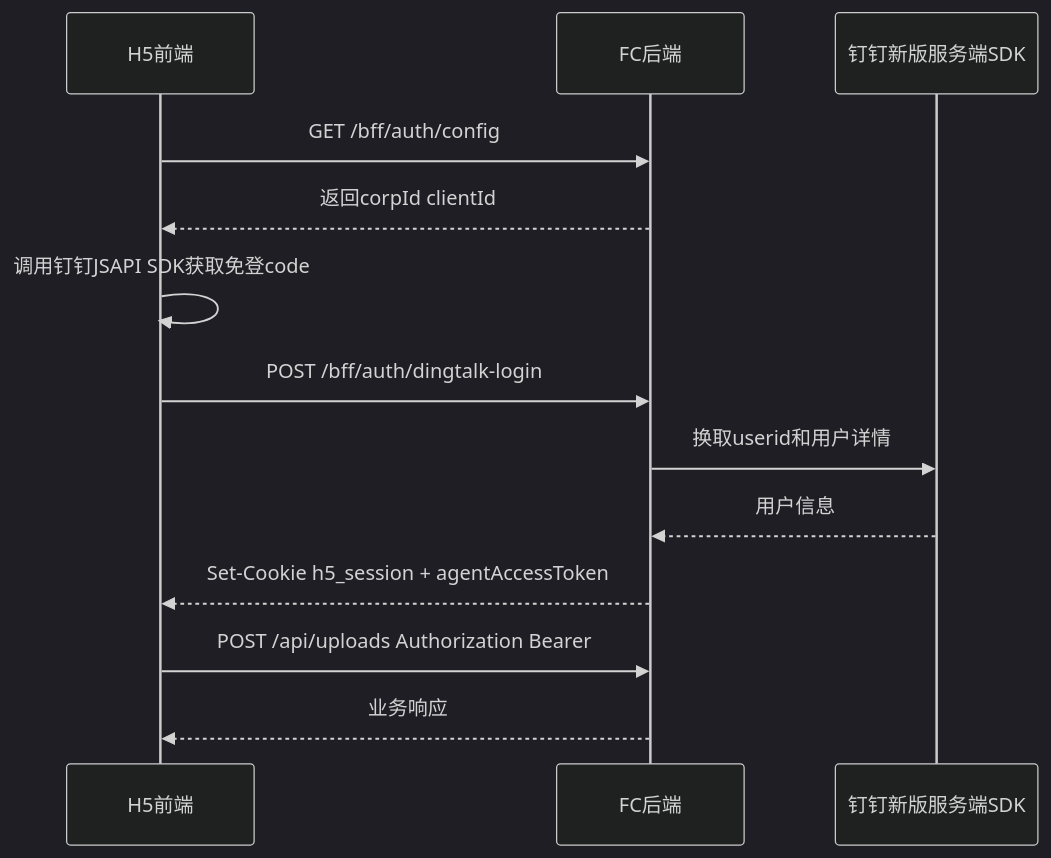
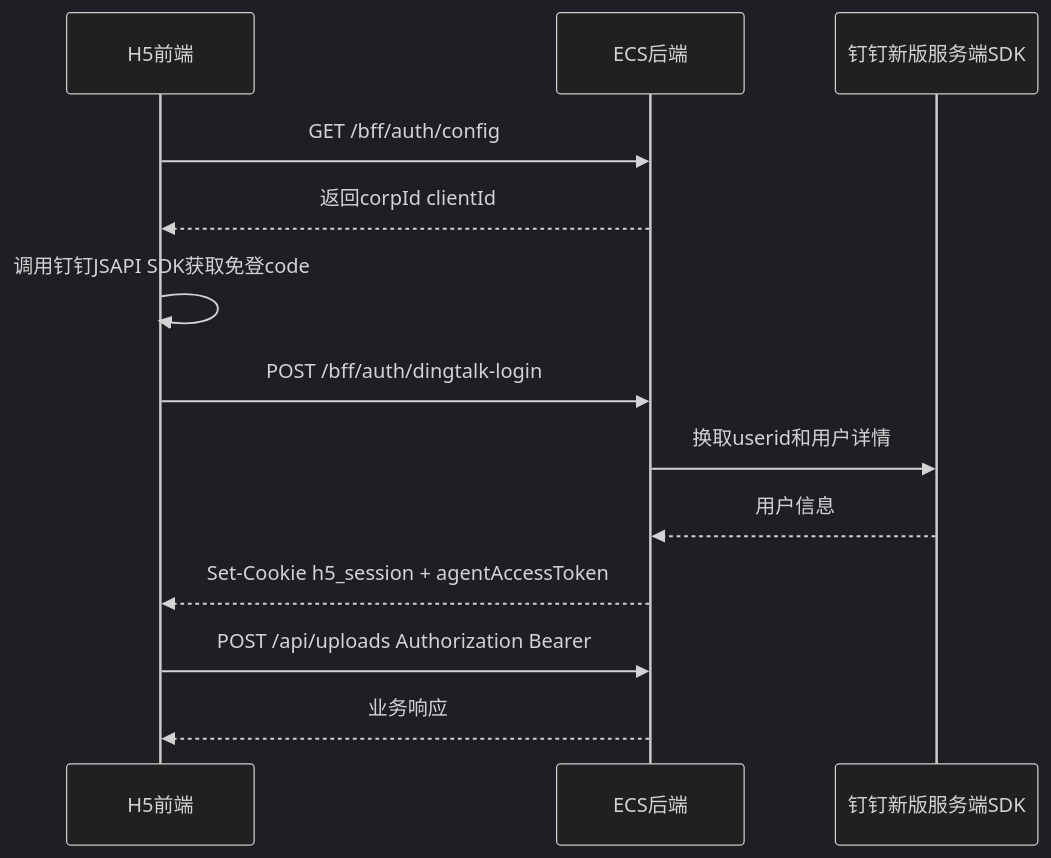
One commit to yuqingyang3019-cyber/hetong changed the fourth of 4 diagrams in SPEC/ARCHITECTURE.md. Above: the diagram before and after it, drawn with Mermaid (dark theme). The commit also changed other lines of this file and 2 other files, not shown here.

Commit message:
docs: align architecture with ecs deployment

````diff
--- a/SPEC/ARCHITECTURE.md
+++ b/SPEC/ARCHITECTURE.md
@@ -249,16 +249,16 @@
 ```mermaid
 sequenceDiagram
   participant Fe as H5前端
-  participant Fc as FC后端
+  participant Ecs as ECS后端
   participant Dt as 钉钉新版服务端SDK
 
-  Fe->>Fc: GET /bff/auth/config
-  Fc-->>Fe: 返回corpId clientId
+  Fe->>Ecs: GET /bff/auth/config
+  Ecs-->>Fe: 返回corpId clientId
   Fe->>Fe: 调用钉钉JSAPI SDK获取免登code
-  Fe->>Fc: POST /bff/auth/dingtalk-login
-  Fc->>Dt: 换取userid和用户详情
-  Dt-->>Fc: 用户信息
-  Fc-->>Fe: Set-Cookie h5_session + agentAccessToken
-  Fe->>Fc: POST /api/uploads Authorization Bearer
-  Fc-->>Fe: 业务响应
+  Fe->>Ecs: POST /bff/auth/dingtalk-login
+  Ecs->>Dt: 换取userid和用户详情
+  Dt-->>Ecs: 用户信息
+  Ecs-->>Fe: Set-Cookie h5_session + agentAccessToken
+  Fe->>Ecs: POST /api/uploads Authorization Bearer
+  Ecs-->>Fe: 业务响应
 ```
````
